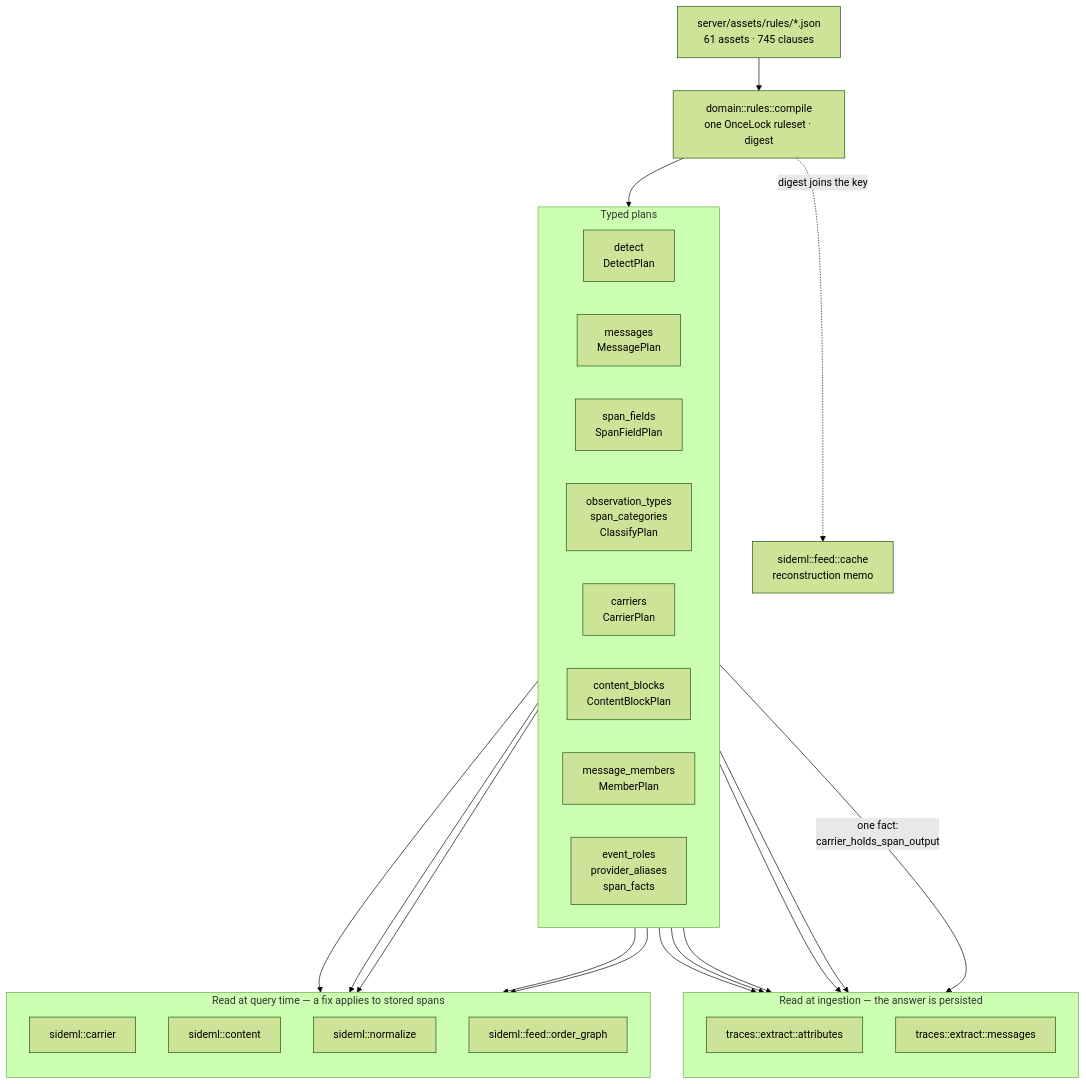
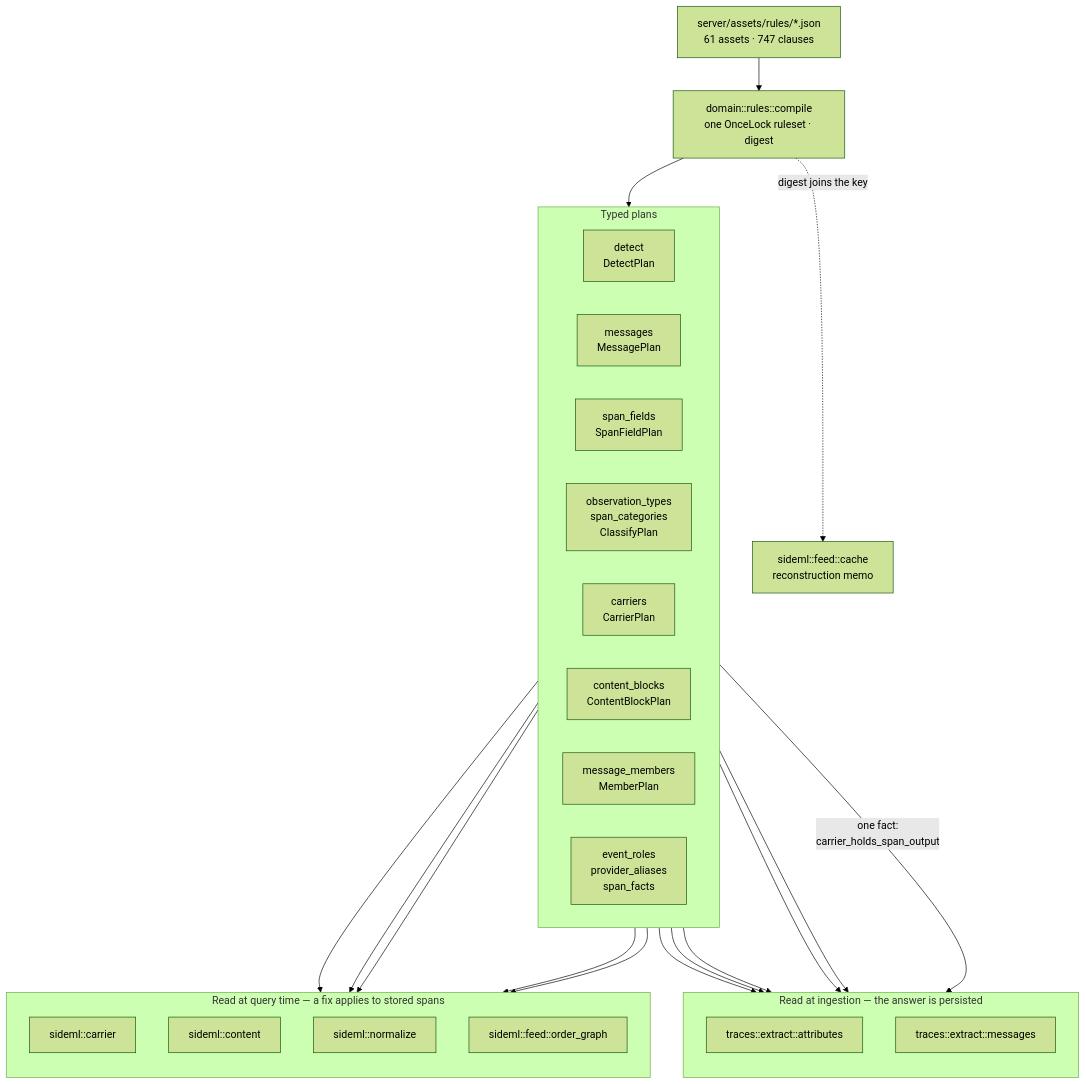
Before and after one commit to sideseat/sideseat: the first of 7 diagrams in docs/engineering/architecture-diagrams.md, drawn with Mermaid (forest theme). The commit also changed 39 other files, not shown here.

````diff
--- a/docs/engineering/architecture-diagrams.md
+++ b/docs/engineering/architecture-diagrams.md
@@ -18,47 +18,47 @@
 ```mermaid
 flowchart TB
-    assets["server/assets/rules/*.json<br/>61 assets · 745 clauses"]
+    assets["server/assets/rules/*.json<br/>61 assets · 747 clauses"]
     compile["domain::rules::compile<br/>one OnceLock ruleset · digest"]
     assets --> compile
 
     subgraph plans["Typed plans"]
         direction LR
         detect["detect<br/>DetectPlan"]
         messages["messages<br/>MessagePlan"]
         fields["span_fields<br/>SpanFieldPlan"]
         classify["observation_types<br/>span_categories<br/>ClassifyPlan"]
         carriers["carriers<br/>CarrierPlan"]
         blocks["content_blocks<br/>ContentBlockPlan"]
         members["message_members<br/>MemberPlan"]
         roles["event_roles<br/>provider_aliases<br/>span_facts"]
     end
     compile --> plans
 
     subgraph ingest["Read at ingestion — the answer is persisted"]
         direction TB
         attrs["traces::extract::attributes"]
         msgs["traces::extract::messages"]
     end
 
     subgraph query["Read at query time — a fix applies to stored spans"]
         direction TB
         carrier["sideml::carrier"]
         content["sideml::content"]
         normalize["sideml::normalize"]
         order["sideml::feed::order_graph"]
     end
 
     detect --> attrs
     fields --> attrs
     classify --> attrs
     roles --> attrs
     messages --> msgs
     carriers -->|"one fact:<br/>carrier_holds_span_output"| msgs
     carriers --> carrier
     carriers --> order
     blocks --> content
     members --> content
     roles --> normalize
 
     compile -. "digest joins the key" .-> cache["sideml::feed::cache<br/>reconstruction memo"]
 ```
````
